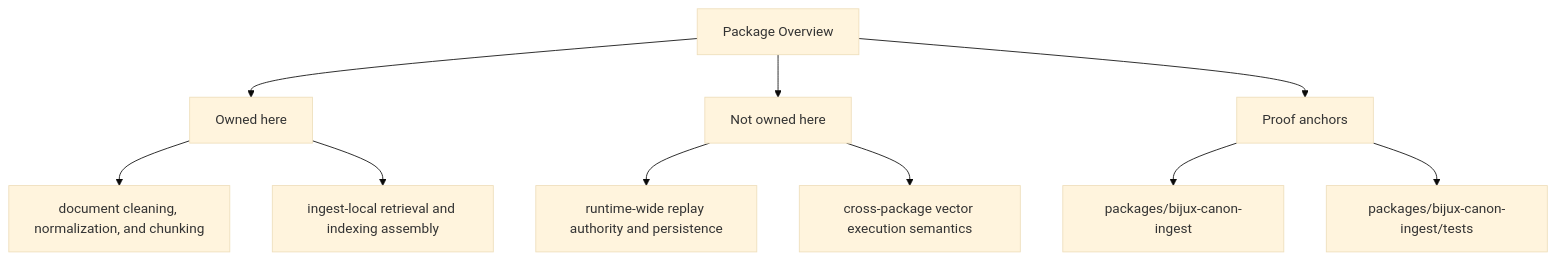
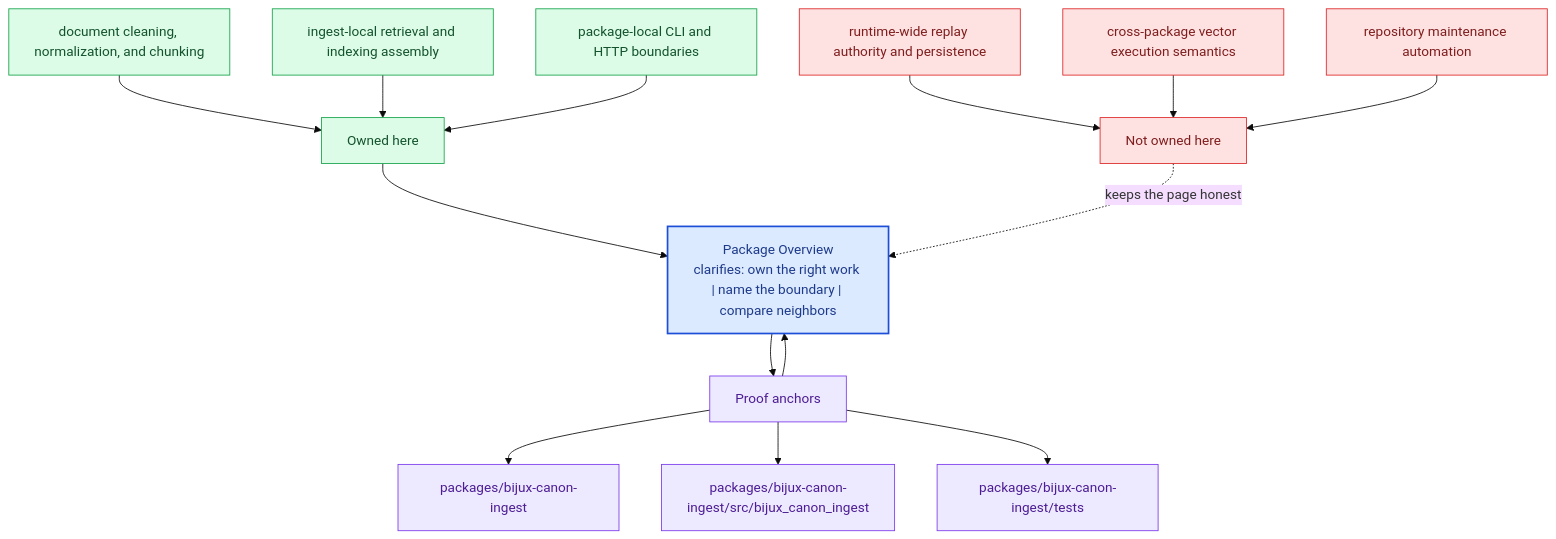
One commit to bijux/bijux-canon changed the second of 2 diagrams in docs/bijux-canon-ingest/foundation/package-overview.md. Above: the diagram before and after it, drawn with Mermaid (base theme). The commit also changed other lines of this file and 281 other files, not shown here.

Commit message:
docs(diagrams): deepen handbook mermaid maps across the catalog

````diff
--- a/docs/bijux-canon-ingest/foundation/package-overview.md
+++ b/docs/bijux-canon-ingest/foundation/package-overview.md
@@ -35,22 +68,40 @@
 ```mermaid
-flowchart TD
-    page["Package Overview"]
+flowchart TB
+    promise["Package Overview<br/>clarifies: own the right work | name the boundary | compare neighbors"]
+    classDef promise fill:#dbeafe,stroke:#1d4ed8,color:#1e3a8a,stroke-width:2px;
+    classDef driver fill:#dcfce7,stroke:#16a34a,color:#14532d;
+    classDef constraint fill:#fee2e2,stroke:#dc2626,color:#7f1d1d;
+    classDef ground fill:#ede9fe,stroke:#7c3aed,color:#4c1d95;
     focus1["Owned here"]
-    page --> focus1
+    focus1 --> promise
     focus1_1["document cleaning, normalization, and chunking"]
-    focus1 --> focus1_1
+    focus1_1 --> focus1
     focus1_2["ingest-local retrieval and indexing assembly"]
-    focus1 --> focus1_2
+    focus1_2 --> focus1
+    focus1_3["package-local CLI and HTTP boundaries"]
+    focus1_3 --> focus1
+    class focus1 driver;
+    class focus1_1,focus1_2,focus1_3 driver;
     focus2["Not owned here"]
-    page --> focus2
+    focus2 -.keeps the page honest.-> promise
     focus2_1["runtime-wide replay authority and persistence"]
-    focus2 --> focus2_1
+    focus2_1 --> focus2
     focus2_2["cross-package vector execution semantics"]
-    focus2 --> focus2_2
+    focus2_2 --> focus2
+    focus2_3["repository maintenance automation"]
+    focus2_3 --> focus2
+    class focus2 constraint;
+    class focus2_1,focus2_2,focus2_3 constraint;
     focus3["Proof anchors"]
-    page --> focus3
+    focus3 --> promise
+    promise --> focus3
     focus3_1["packages/bijux-canon-ingest"]
     focus3 --> focus3_1
-    focus3_2["packages/bijux-canon-ingest/tests"]
+    focus3_2["packages/bijux-canon-ingest/src/bijux_canon_ingest"]
     focus3 --> focus3_2
+    focus3_3["packages/bijux-canon-ingest/tests"]
+    focus3 --> focus3_3
+    class focus3 ground;
+    class focus3_1,focus3_2,focus3_3 ground;
+    class promise promise;
 ```
````
